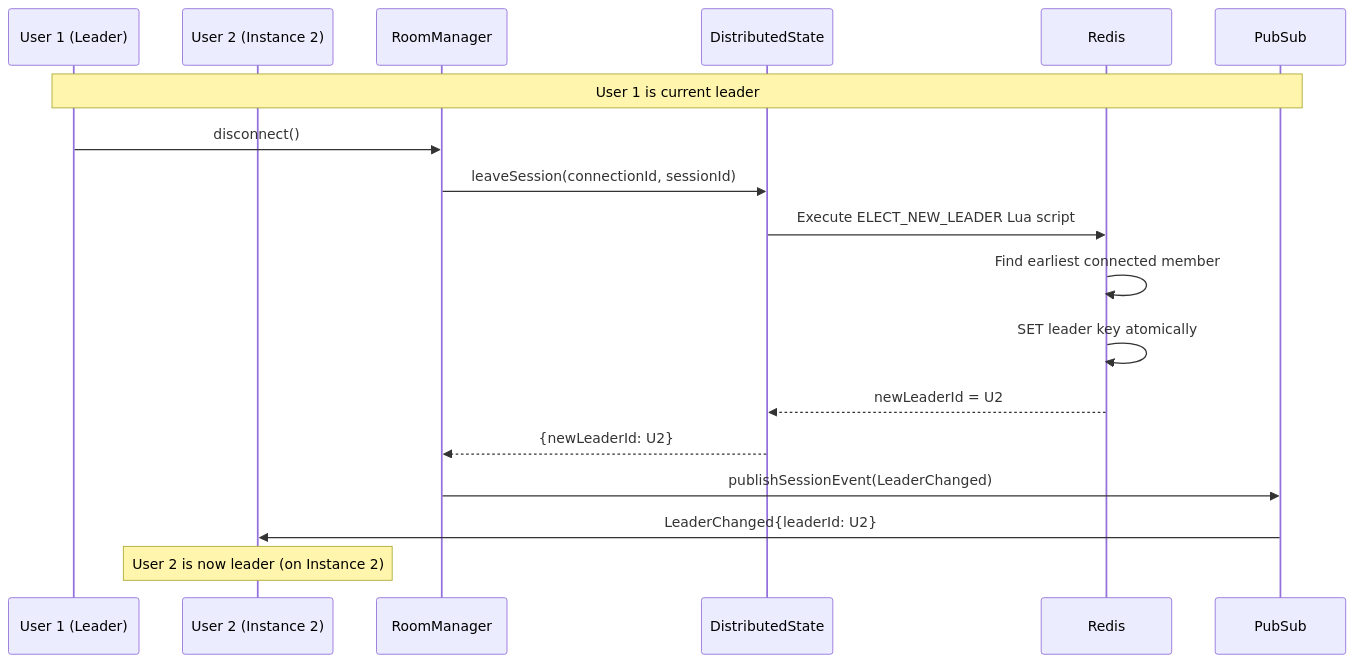
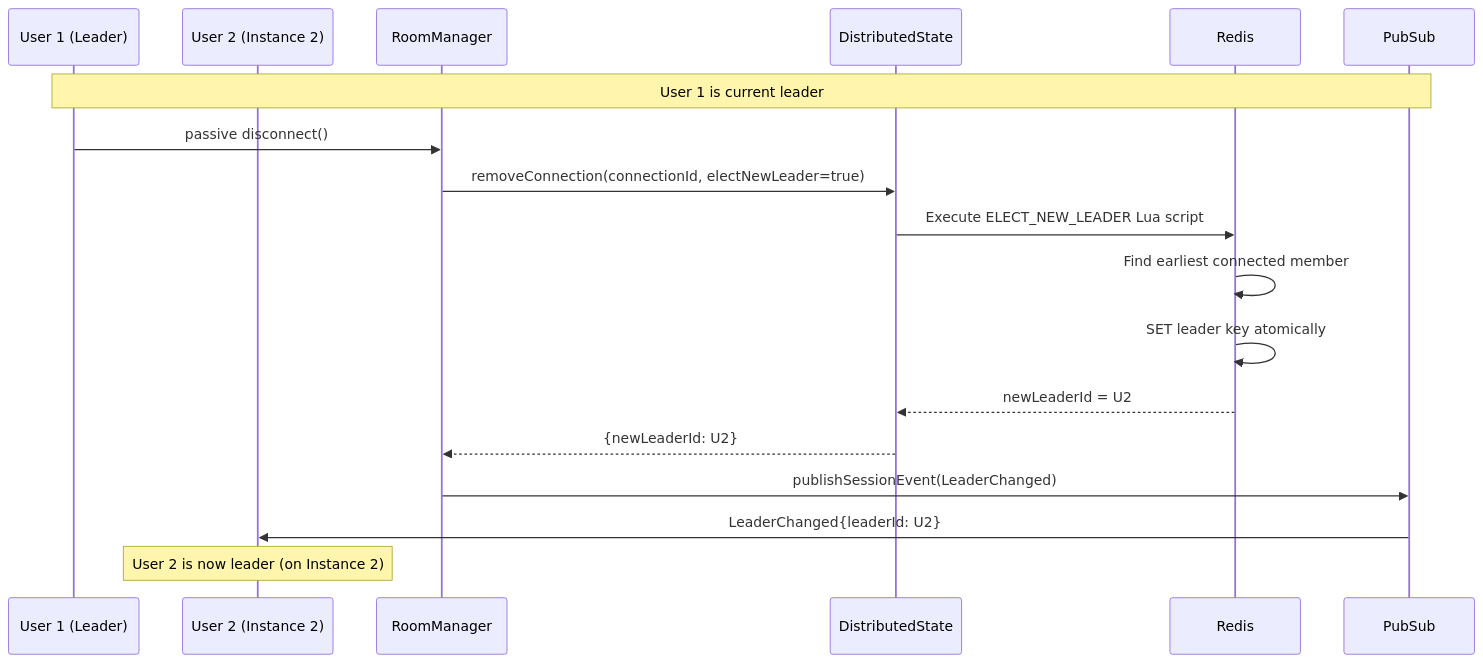
The second of 14 diagrams in docs/websocket-implementation.md (LucVermeer/board-analysis), drawn with Mermaid before and after one commit. The commit also changed other lines of this file and 39 other files, not shown here.

````diff
--- a/docs/websocket-implementation.md
+++ b/docs/websocket-implementation.md
@@ -473,23 +482,23 @@
 ```mermaid
 sequenceDiagram
     participant U1 as User 1 (Leader)
     participant U2 as User 2 (Instance 2)
     participant RM as RoomManager
     participant DS as DistributedState
     participant R as Redis
     participant PS as PubSub
 
     Note over U1,PS: User 1 is current leader
 
-    U1->>RM: disconnect()
-    RM->>DS: leaveSession(connectionId, sessionId)
+    U1->>RM: passive disconnect()
+    RM->>DS: removeConnection(connectionId, electNewLeader=true)
     DS->>R: Execute ELECT_NEW_LEADER Lua script
     R->>R: Find earliest connected member
     R->>R: SET leader key atomically
     R-->>DS: newLeaderId = U2
     DS-->>RM: {newLeaderId: U2}
     RM->>PS: publishSessionEvent(LeaderChanged)
     PS->>U2: LeaderChanged{leaderId: U2}
 
     Note over U2: User 2 is now leader (on Instance 2)
 ```
````
